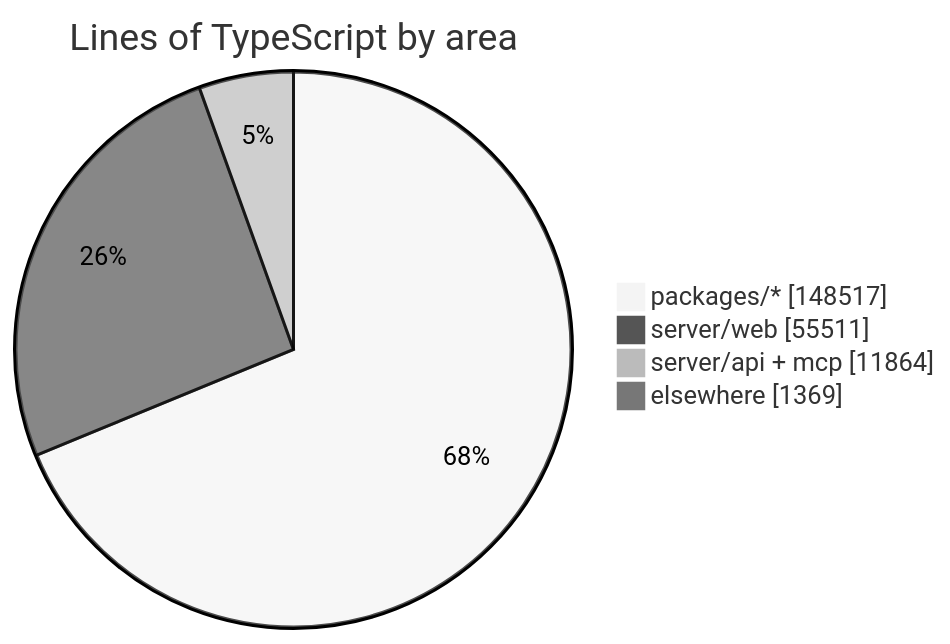
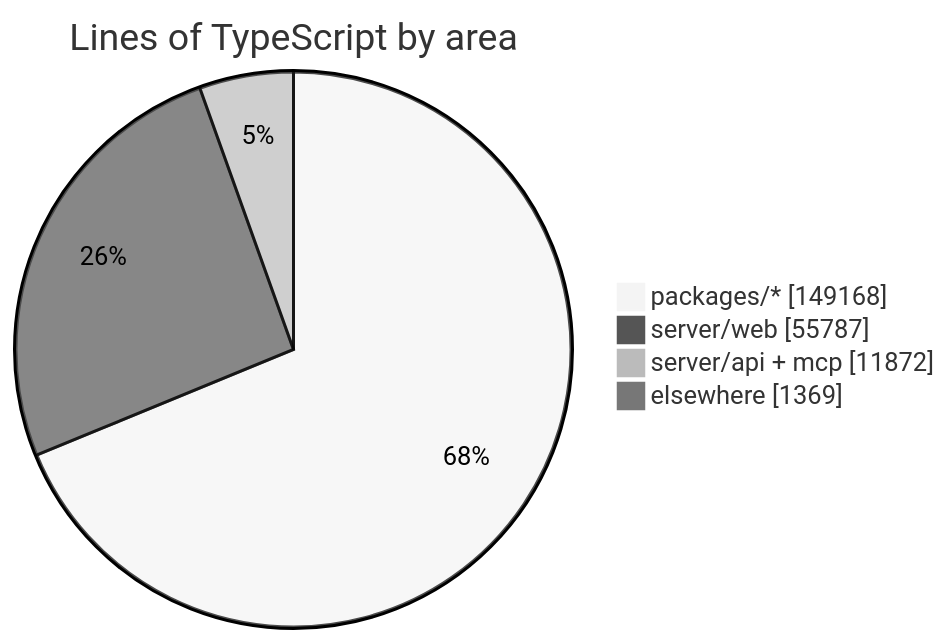
The diagram in README.md (crossworks-engineering/mantle), drawn with Mermaid (neutral theme) before and after one commit. The commit also changed other lines of this file and 2 other files, not shown here.

````diff
--- a/README.md
+++ b/README.md
@@ -279,7 +279,7 @@
 ```mermaid
 pie showData title Lines of TypeScript by area
-    "packages/*" : 148517
-    "server/web" : 55511
-    "server/api + mcp" : 11864
+    "packages/*" : 149168
+    "server/web" : 55787
+    "server/api + mcp" : 11872
     "elsewhere" : 1369
 ```
````
